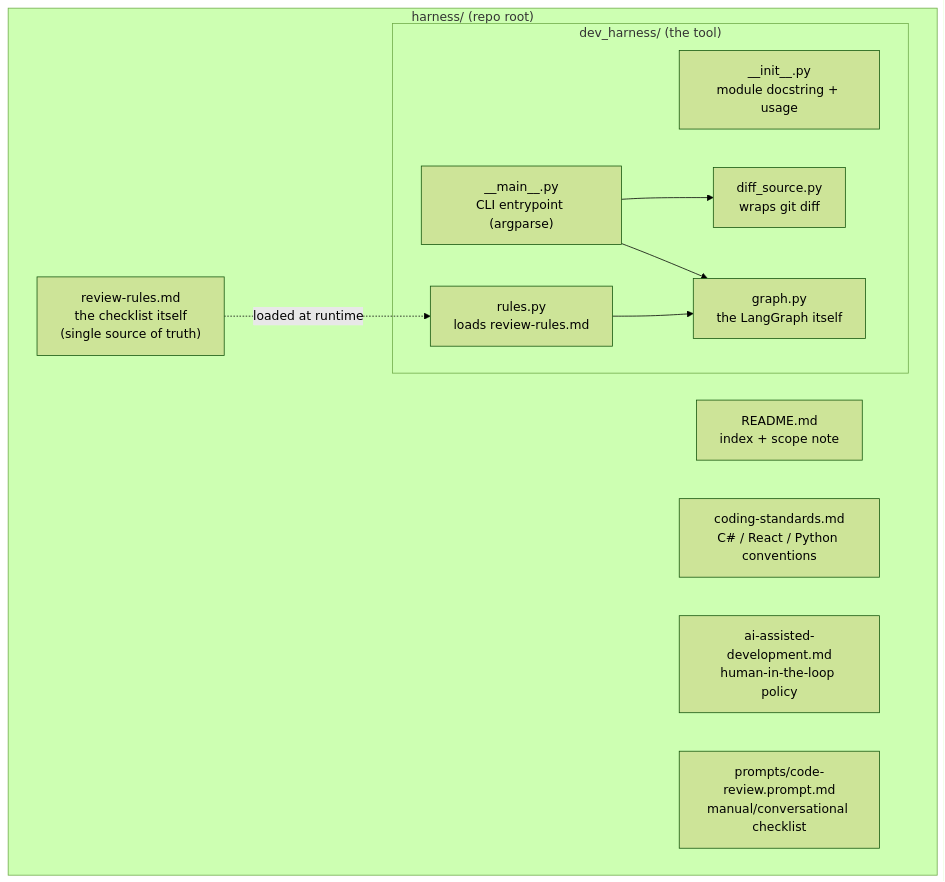
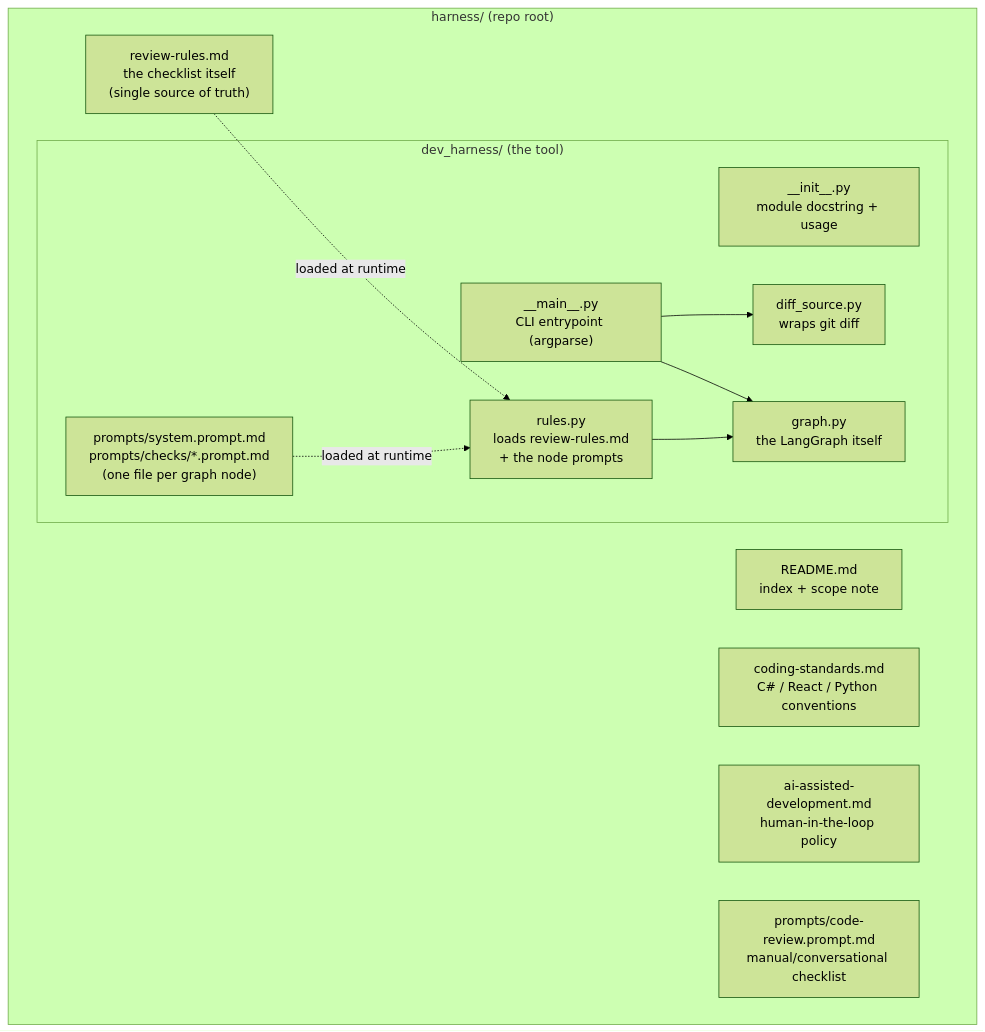
Before and after one commit to surajkoditala/humaid-risk-governance: the third of 4 diagrams in docs/architecture/dev-harness.md, drawn with Mermaid (forest theme). The commit also changed other lines of this file and 11 other files, not shown here.

First line of the commit message:
refactor(dev-harness): move node prompts from graph.py into prompts/

````diff
--- a/docs/architecture/dev-harness.md
+++ b/docs/architecture/dev-harness.md
@@ -101,23 +101,25 @@
 ```mermaid
 flowchart TB
     subgraph harness["harness/ (repo root)"]
         README["README.md<br/>index + scope note"]
         STANDARDS["coding-standards.md<br/>C# / React / Python conventions"]
         RULES["review-rules.md<br/>the checklist itself<br/>(single source of truth)"]
         AIPOLICY["ai-assisted-development.md<br/>human-in-the-loop policy"]
         PROMPT["prompts/code-review.prompt.md<br/>manual/conversational checklist"]
 
         subgraph dh["dev_harness/ (the tool)"]
             INIT["__init__.py<br/>module docstring + usage"]
             MAIN["__main__.py<br/>CLI entrypoint (argparse)"]
             DIFFSRC["diff_source.py<br/>wraps git diff"]
-            RULESPY["rules.py<br/>loads review-rules.md"]
+            RULESPY["rules.py<br/>loads review-rules.md<br/>+ the node prompts"]
+            NODEPROMPTS["prompts/system.prompt.md<br/>prompts/checks/*.prompt.md<br/>(one file per graph node)"]
             GRAPH["graph.py<br/>the LangGraph itself"]
         end
     end
 
     RULES -.->|"loaded at runtime"| RULESPY
+    NODEPROMPTS -.->|"loaded at runtime"| RULESPY
     MAIN --> DIFFSRC
     MAIN --> GRAPH
     RULESPY --> GRAPH
 ```
````
